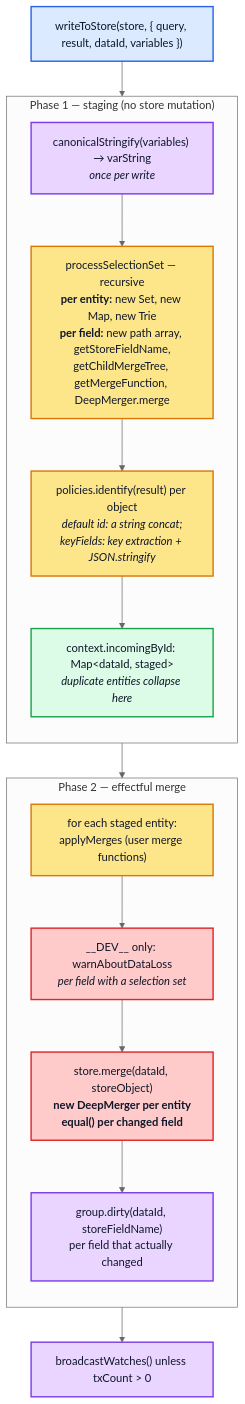
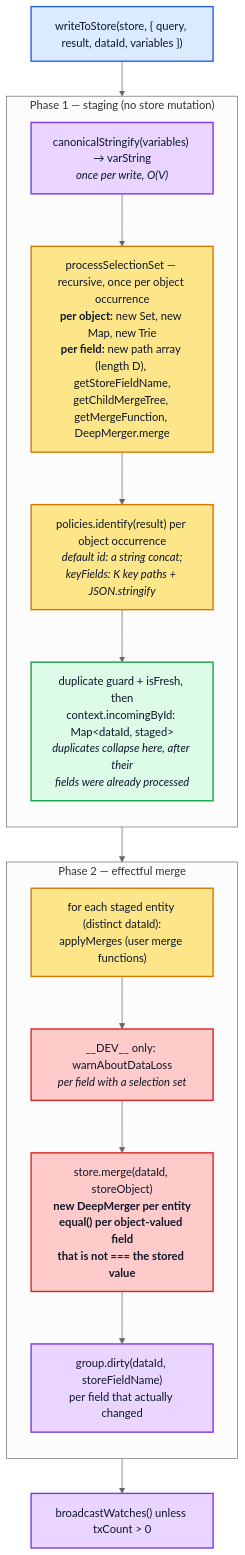
The first of 2 diagrams in docs/performance/02-write-path.md (convict-git/fast-gql-cache-rs), drawn with Mermaid (neutral theme) before and after one commit. The commit also changed other lines of this file and 10 other files, not shown here.

First line of the commit message:
docs(perf): correct complexities and flows, define every symbol

````diff
--- a/docs/performance/02-write-path.md
+++ b/docs/performance/02-write-path.md
@@ -10,30 +10,30 @@
 ```mermaid
 flowchart TB
     START["writeToStore(store, { query, result, dataId, variables })"]:::api
 
     subgraph phase1["Phase 1 — staging (no store mutation)"]
         direction TB
-        P1A["canonicalStringify(variables) → varString<br/><i>once per write</i>"]:::memo
-        P1B["processSelectionSet — recursive<br/><b>per entity:</b> new Set, new Map, new Trie<br/><b>per field:</b> new path array, getStoreFieldName,<br/>getChildMergeTree, getMergeFunction, DeepMerger.merge"]:::write
-        P1C["policies.identify(result) per object<br/><i>default id: a string concat;<br/>keyFields: key extraction + JSON.stringify</i>"]:::write
-        P1D["context.incomingById: Map#lt;dataId, staged#gt;<br/><i>duplicate entities collapse here</i>"]:::store
+        P1A["canonicalStringify(variables) → varString<br/><i>once per write, O(V)</i>"]:::memo
+        P1B["processSelectionSet — recursive, once per object occurrence<br/><b>per object:</b> new Set, new Map, new Trie<br/><b>per field:</b> new path array (length D), getStoreFieldName,<br/>getChildMergeTree, getMergeFunction, DeepMerger.merge"]:::write
+        P1C["policies.identify(result) per object occurrence<br/><i>default id: a string concat;<br/>keyFields: K key paths + JSON.stringify</i>"]:::write
+        P1D["duplicate guard + isFresh, then<br/>context.incomingById: Map#lt;dataId, staged#gt;<br/><i>duplicates collapse here, after their<br/>fields were already processed</i>"]:::store
         P1A --> P1B --> P1C --> P1D
     end
 
     subgraph phase2["Phase 2 — effectful merge"]
         direction TB
-        P2A["for each staged entity:<br/>applyMerges (user merge functions)"]:::write
+        P2A["for each staged entity (distinct dataId):<br/>applyMerges (user merge functions)"]:::write
         P2B["__DEV__ only: warnAboutDataLoss<br/><i>per field with a selection set</i>"]:::dirty
-        P2C["store.merge(dataId, storeObject)<br/><b>new DeepMerger per entity</b><br/><b>equal() per changed field</b>"]:::dirty
+        P2C["store.merge(dataId, storeObject)<br/><b>new DeepMerger per entity</b><br/><b>equal() per object-valued field<br/>that is not === the stored value</b>"]:::dirty
         P2D["group.dirty(dataId, storeFieldName)<br/>per field that actually changed"]:::memo
         P2A --> P2B --> P2C --> P2D
     end
 
     START --> phase1 --> phase2 --> BC["broadcastWatches() unless txCount #gt; 0"]:::memo
 
     classDef api fill:#dbeafe,stroke:#2563eb,stroke-width:2px,color:#0f172a
     classDef write fill:#fde68a,stroke:#d97706,stroke-width:2px,color:#0f172a
     classDef store fill:#dcfce7,stroke:#16a34a,stroke-width:2px,color:#0f172a
     classDef memo fill:#e9d5ff,stroke:#7c3aed,stroke-width:2px,color:#0f172a
     classDef dirty fill:#fecaca,stroke:#dc2626,stroke-width:2px,color:#0f172a
 ```
````
